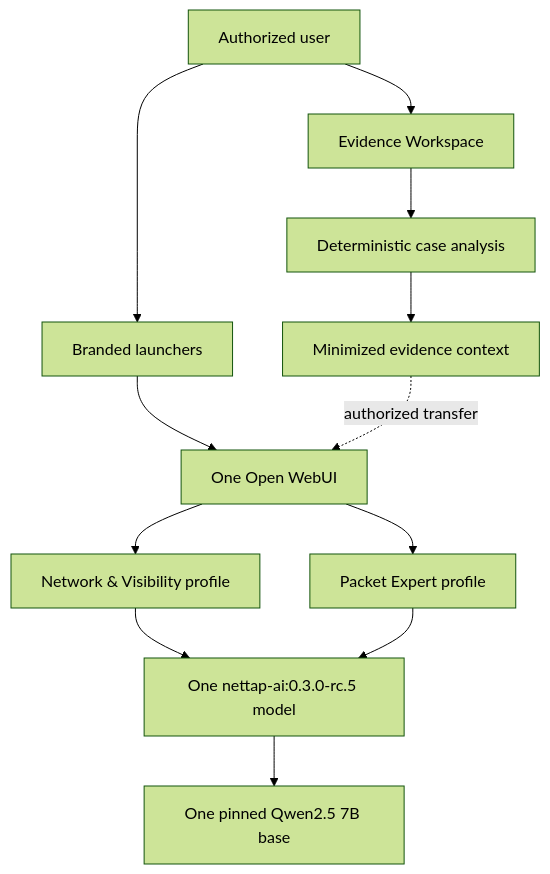
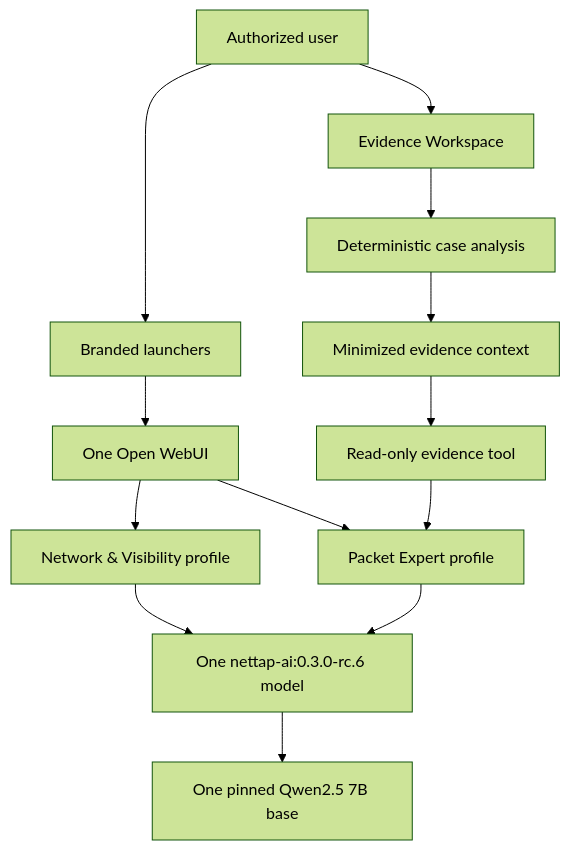
Before and after one commit to mpdwyer2367/nettap-packet-expert: the diagram in README.md, drawn with Mermaid (forest theme). The commit also changed other lines of this file and 57 other files, not shown here.

````diff
--- a/README.md
+++ b/README.md
@@ -20,14 +20,15 @@
 ```mermaid
 flowchart TB
     U["Authorized user"] --> L["Branded launchers"]
     L --> W["One Open WebUI"]
     W --> V["Network & Visibility profile"]
     W --> P["Packet Expert profile"]
-    V --> N["One nettap-ai:0.3.0-rc.5 model"]
+    V --> N["One nettap-ai:0.3.0-rc.6 model"]
     P --> N
     N --> Q["One pinned Qwen2.5 7B base"]
     U --> E["Evidence Workspace"]
     E --> D["Deterministic case analysis"]
     D --> X["Minimized evidence context"]
-    X -. "authorized transfer" .-> W
+    X --> T["Read-only evidence tool"]
+    T --> P
 ```
````
